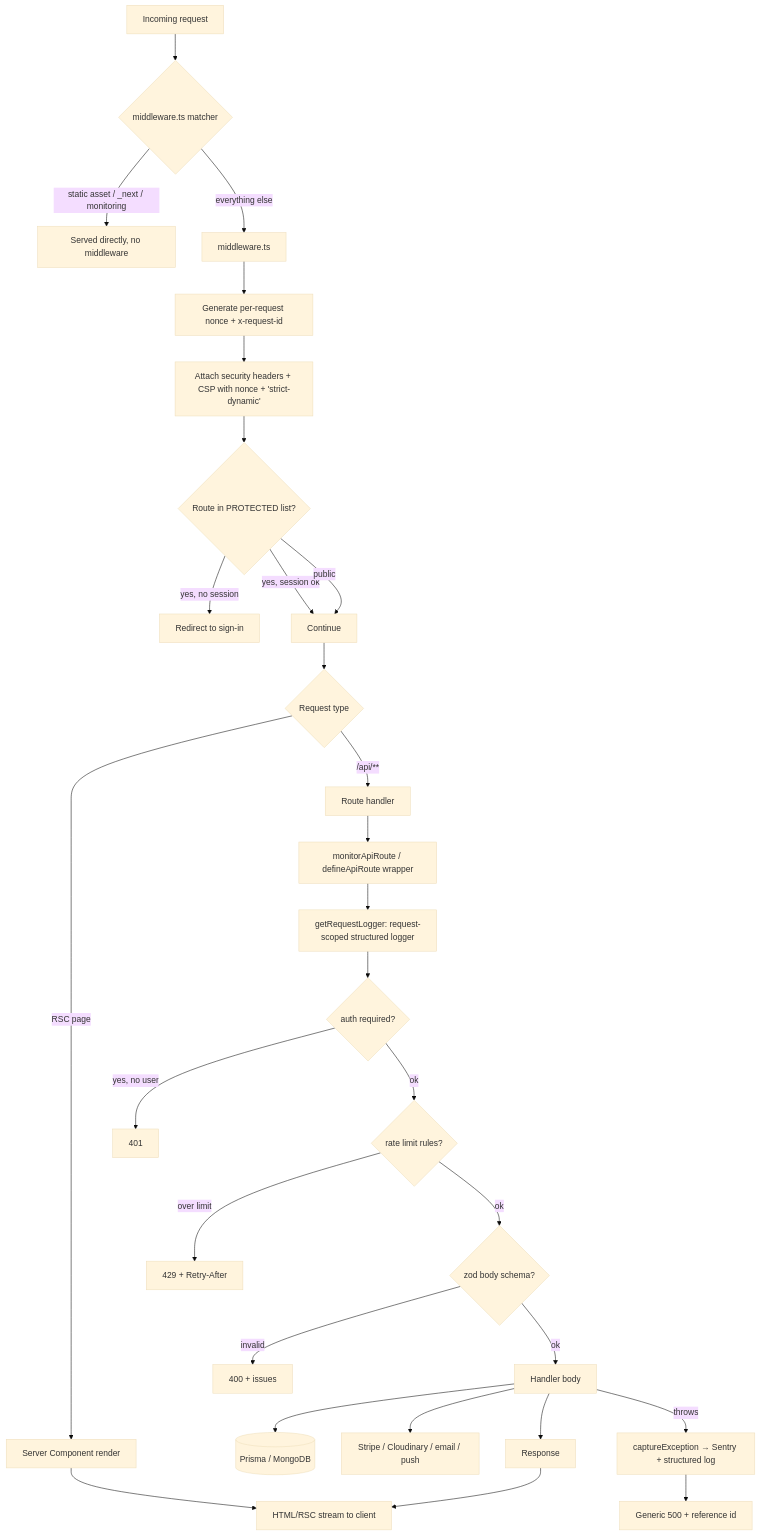
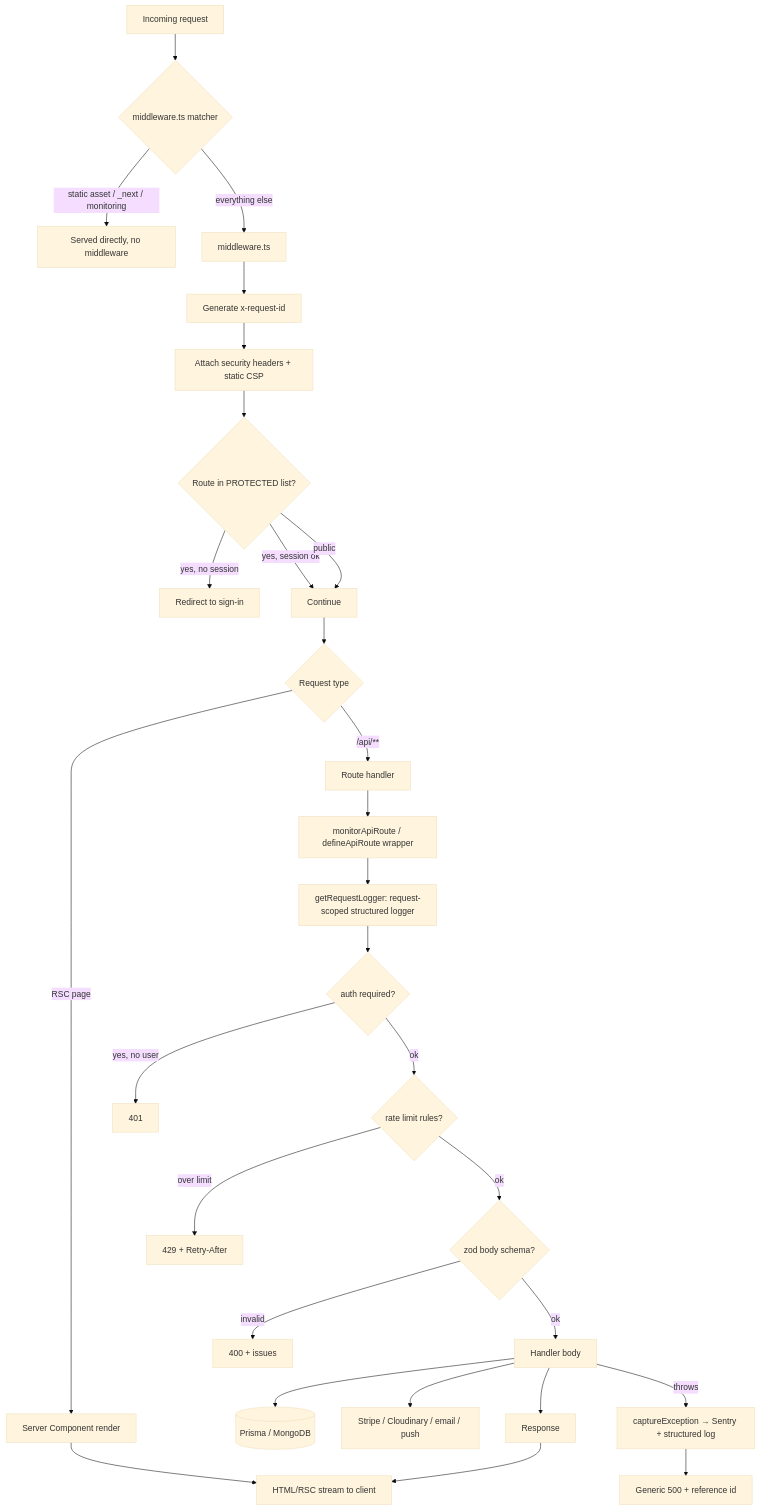
One commit to khusshhhhh/redrive changed the first of 3 diagrams in ARCHITECTURE.md. Above: the diagram before and after it, drawn with Mermaid (base theme). The commit also changed other lines of this file, not shown here.

Commit message:
KP221: docs — ARCHITECTURE.md CSP description matches the static policy

````diff
--- a/ARCHITECTURE.md
+++ b/ARCHITECTURE.md
@@ -22,33 +22,33 @@
 ```mermaid
 flowchart TD
   A[Incoming request] --> B{middleware.ts matcher}
   B -->|static asset / _next / monitoring| Z[Served directly, no middleware]
   B -->|everything else| C[middleware.ts]
-  C --> C1[Generate per-request nonce + x-request-id]
-  C1 --> C2[Attach security headers + CSP with nonce + 'strict-dynamic']
+  C --> C1[Generate x-request-id]
+  C1 --> C2[Attach security headers + static CSP]
   C2 --> C3{Route in PROTECTED list?}
   C3 -->|yes, no session| D[Redirect to sign-in]
   C3 -->|yes, session ok| E
   C3 -->|public| E[Continue]
   E --> F{Request type}
   F -->|RSC page| G[Server Component render]
   F -->|/api/**| H[Route handler]
 
   H --> H1[monitorApiRoute / defineApiRoute wrapper]
   H1 --> H2[getRequestLogger: request-scoped structured logger]
   H2 --> H3{auth required?}
   H3 -->|yes, no user| H3a[401]
   H3 -->|ok| H4{rate limit rules?}
   H4 -->|over limit| H4a[429 + Retry-After]
   H4 -->|ok| H5{zod body schema?}
   H5 -->|invalid| H5a[400 + issues]
   H5 -->|ok| H6[Handler body]
   H6 --> H7[(Prisma / MongoDB)]
   H6 --> H8[Stripe / Cloudinary / email / push]
   H6 --> I[Response]
   H6 -->|throws| J[captureException → Sentry + structured log]
   J --> J1[Generic 500 + reference id]
 
   G --> K[HTML/RSC stream to client]
   I --> K
 ```
````
